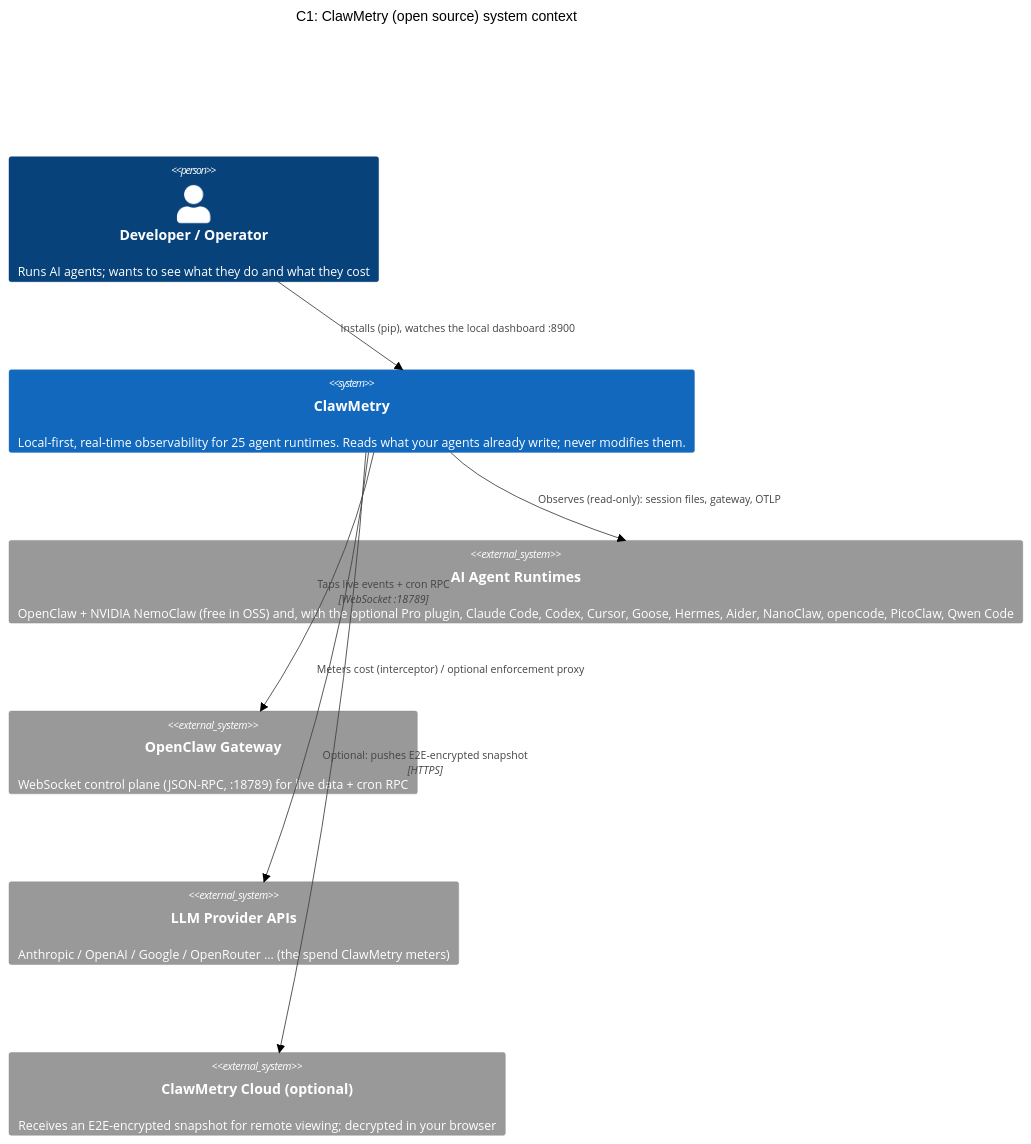
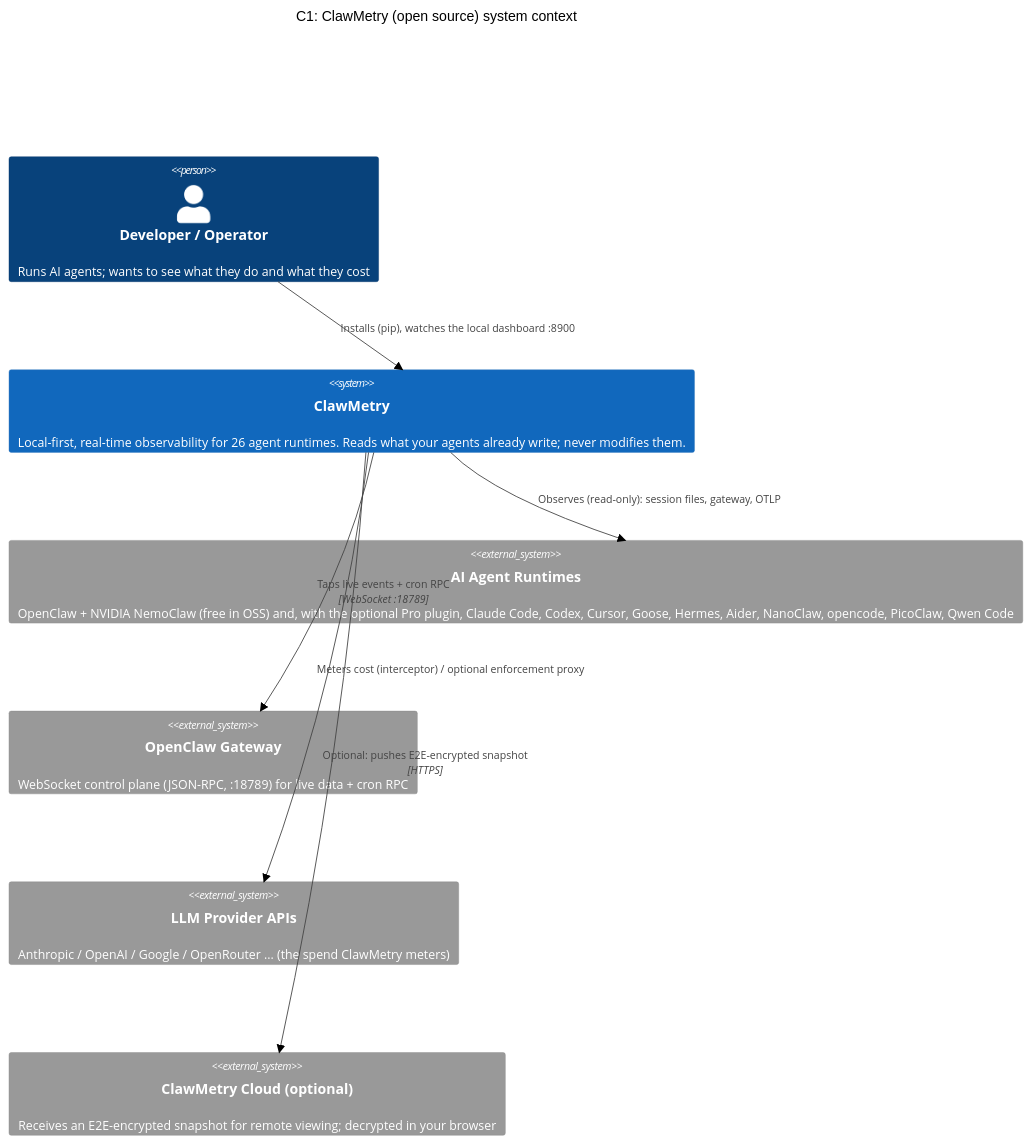
One commit to vivekchand/clawmetry changed the first of 2 diagrams in ARCHITECTURE.md. Above: the diagram before and after it, drawn with Mermaid (forest theme). The commit also changed 34 other files, not shown here.

````diff
--- a/ARCHITECTURE.md
+++ b/ARCHITECTURE.md
@@ -37,18 +37,18 @@
 ```mermaid
 C4Context
 title C1: ClawMetry (open source) system context
 
 Person(dev, "Developer / Operator", "Runs AI agents; wants to see what they do and what they cost")
-System(clawmetry, "ClawMetry", "Local-first, real-time observability for 25 agent runtimes. Reads what your agents already write; never modifies them.")
+System(clawmetry, "ClawMetry", "Local-first, real-time observability for 26 agent runtimes. Reads what your agents already write; never modifies them.")
 
 System_Ext(runtimes, "AI Agent Runtimes", "OpenClaw + NVIDIA NemoClaw (free in OSS) and, with the optional Pro plugin, Claude Code, Codex, Cursor, Goose, Hermes, Aider, NanoClaw, opencode, PicoClaw, Qwen Code")
 System_Ext(gateway, "OpenClaw Gateway", "WebSocket control plane (JSON-RPC, :18789) for live data + cron RPC")
 System_Ext(llm, "LLM Provider APIs", "Anthropic / OpenAI / Google / OpenRouter ... (the spend ClawMetry meters)")
 System_Ext(cloud, "ClawMetry Cloud (optional)", "Receives an E2E-encrypted snapshot for remote viewing; decrypted in your browser")
 
 Rel(dev, clawmetry, "Installs (pip), watches the local dashboard :8900")
 Rel(clawmetry, runtimes, "Observes (read-only): session files, gateway, OTLP")
 Rel(clawmetry, gateway, "Taps live events + cron RPC", "WebSocket :18789")
 Rel(clawmetry, llm, "Meters cost (interceptor) / optional enforcement proxy")
 Rel(clawmetry, cloud, "Optional: pushes E2E-encrypted snapshot", "HTTPS")
 ```
````
